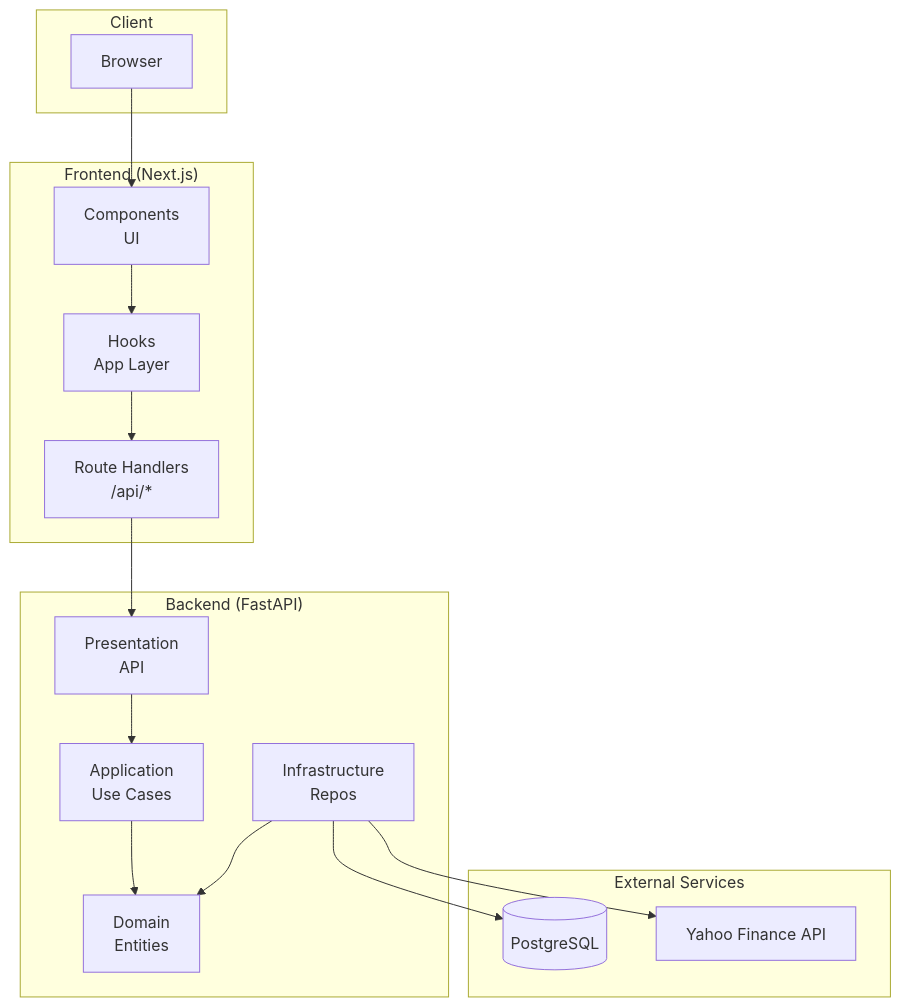
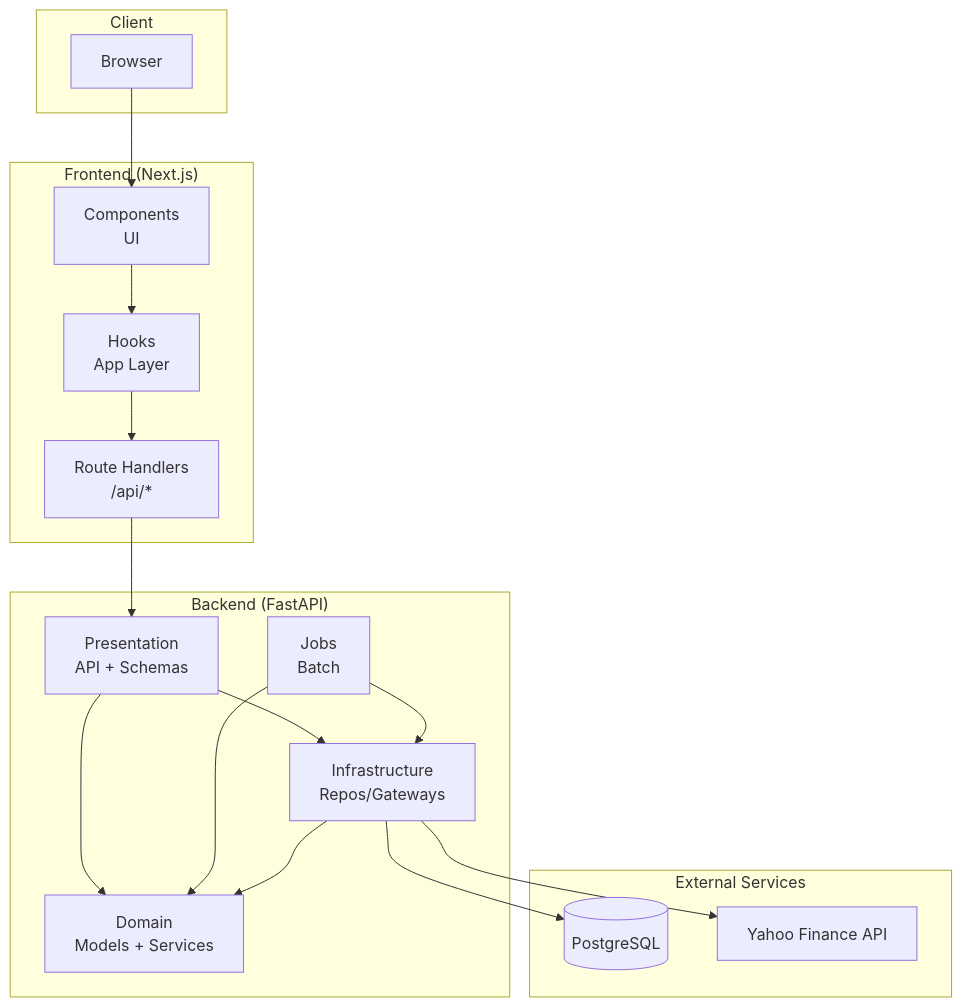
One commit to ryota197/ai-trade-pj changed the first of 9 diagrams in docs/poc/service-architecture.md. Above: the diagram before and after it, drawn with Mermaid. The commit also changed other lines of this file and 44 other files, not shown here.

Commit message:
refactoring infrastructure layer and delete application layer

````diff
--- a/docs/poc/service-architecture.md
+++ b/docs/poc/service-architecture.md
@@ -12,32 +12,35 @@
 ```mermaid
 graph TB
     subgraph Client
         Browser[Browser]
     end
 
     subgraph Frontend["Frontend (Next.js)"]
         Components[Components<br/>UI]
         Hooks[Hooks<br/>App Layer]
         BFF[Route Handlers<br/>/api/*]
         Components --> Hooks --> BFF
     end
 
     subgraph Backend["Backend (FastAPI)"]
-        Presentation[Presentation<br/>API]
-        Application[Application<br/>Use Cases]
-        Domain[Domain<br/>Entities]
-        Infrastructure[Infrastructure<br/>Repos]
-        Presentation --> Application --> Domain
+        Presentation[Presentation<br/>API + Schemas]
+        Jobs[Jobs<br/>Batch]
+        Domain[Domain<br/>Models + Services]
+        Infrastructure[Infrastructure<br/>Repos/Gateways]
+        Presentation --> Infrastructure
+        Presentation --> Domain
+        Jobs --> Infrastructure
+        Jobs --> Domain
         Infrastructure --> Domain
     end
 
     subgraph External["External Services"]
         PostgreSQL[(PostgreSQL)]
         YahooFinance[Yahoo Finance API]
     end
 
     Browser --> Components
     BFF --> Presentation
     Infrastructure --> PostgreSQL
     Infrastructure --> YahooFinance
 ```
````
